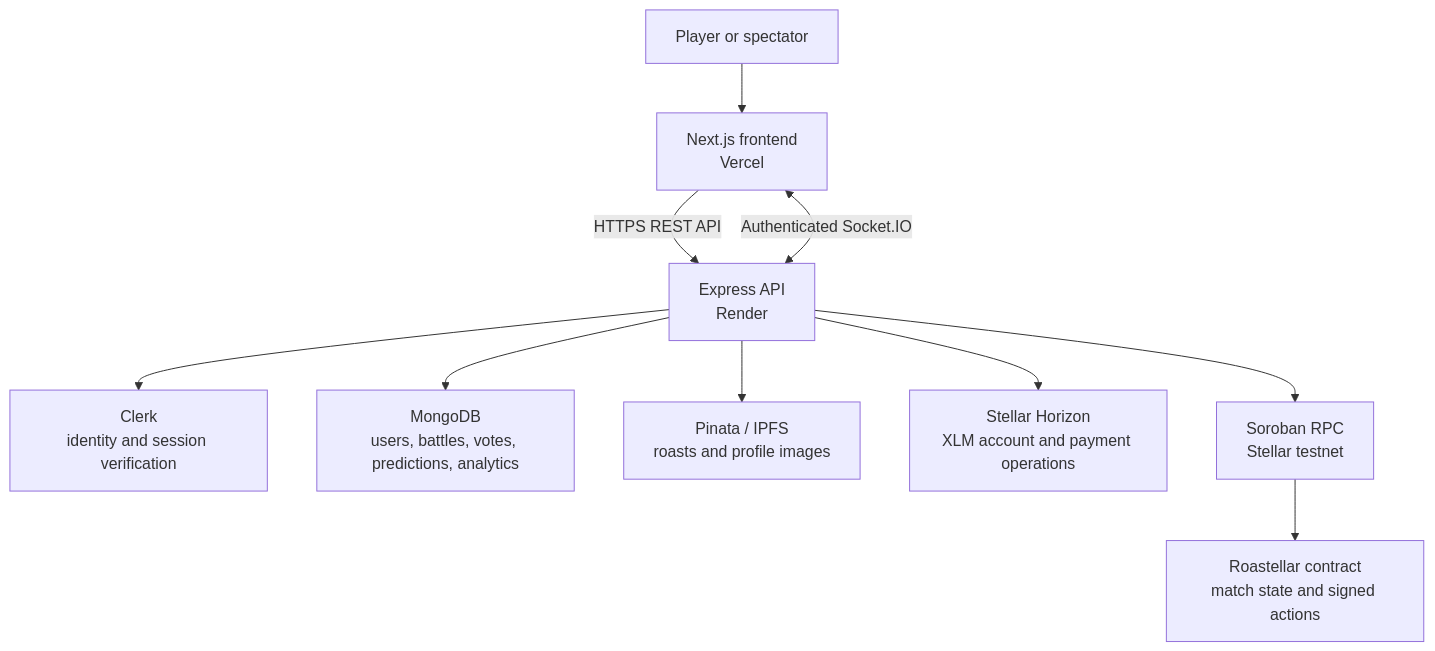
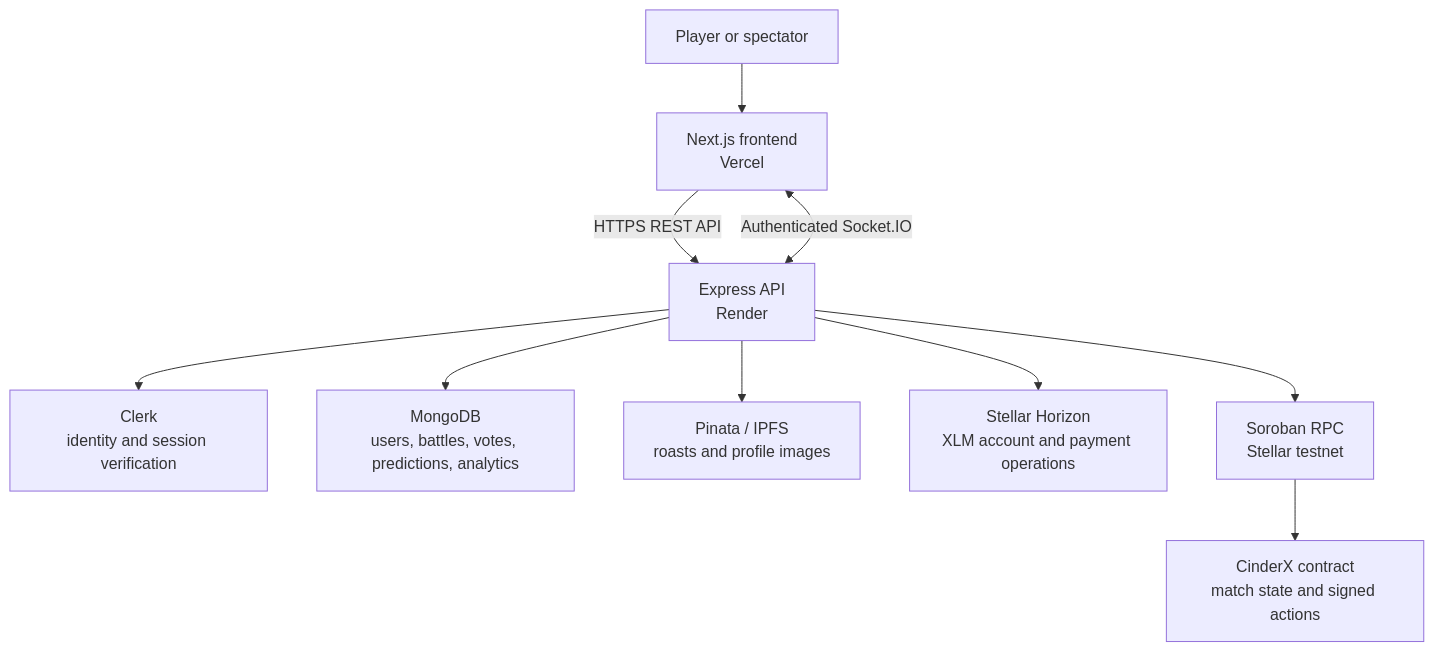
One commit to Kernols/CinderX changed the diagram in ARCHITECTURE.md. Above: the diagram before and after it, drawn with Mermaid. The commit also changed other lines of this file and 21 other files, not shown here.

````diff
--- a/ARCHITECTURE.md
+++ b/ARCHITECTURE.md
@@ -7,13 +7,13 @@
 ```mermaid
 flowchart TB
     U["Player or spectator"] --> F["Next.js frontend\nVercel"]
     F -->|"HTTPS REST API"| B["Express API\nRender"]
     F <-->|"Authenticated Socket.IO"| B
 
     B --> A["Clerk\nidentity and session verification"]
     B --> M["MongoDB\nusers, battles, votes, predictions, analytics"]
     B --> P["Pinata / IPFS\nroasts and profile images"]
     B --> H["Stellar Horizon\nXLM account and payment operations"]
     B --> R["Soroban RPC\nStellar testnet"]
-    R --> C["Roastellar contract\nmatch state and signed actions"]
+    R --> C["CinderX contract\nmatch state and signed actions"]
 ```
````
